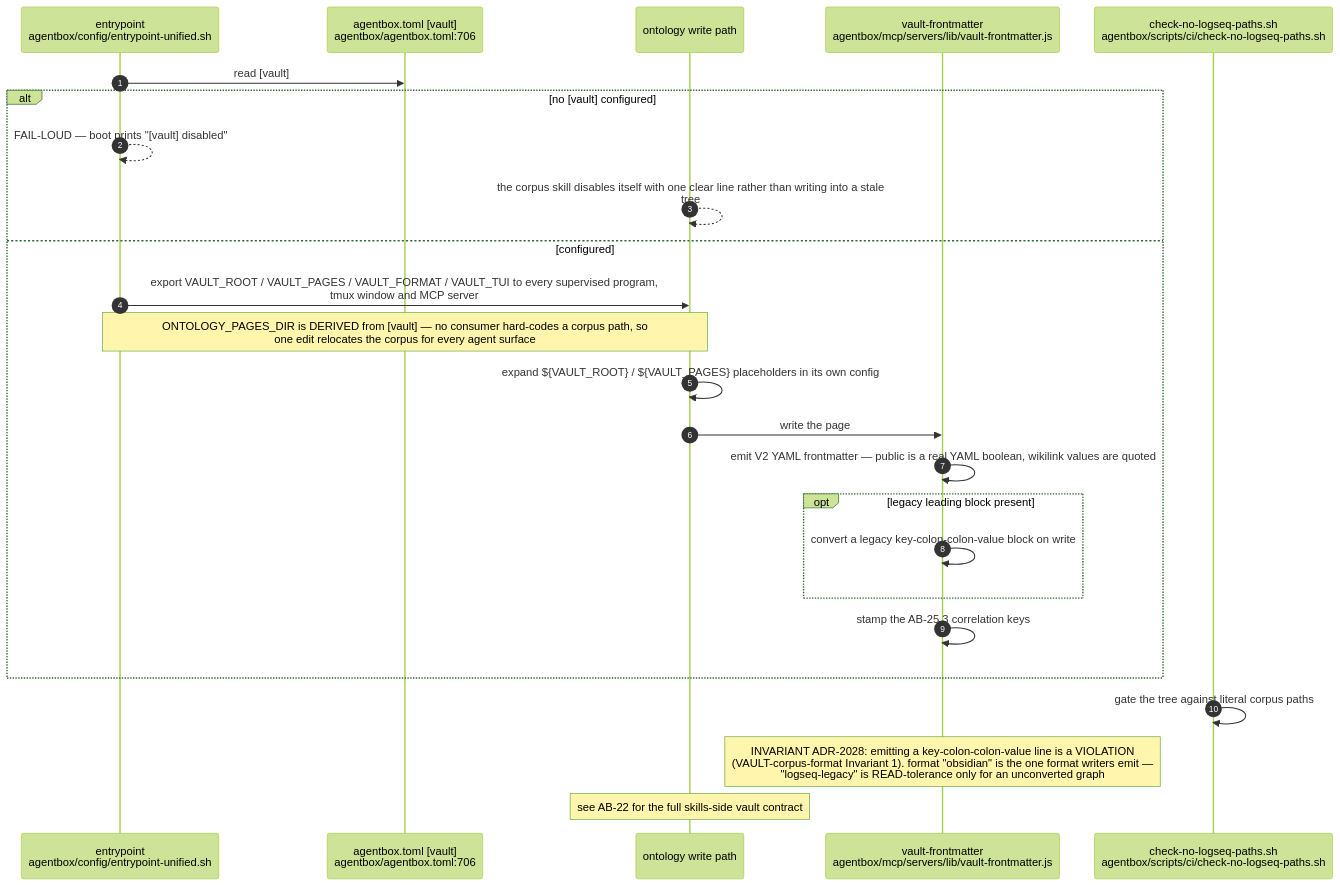
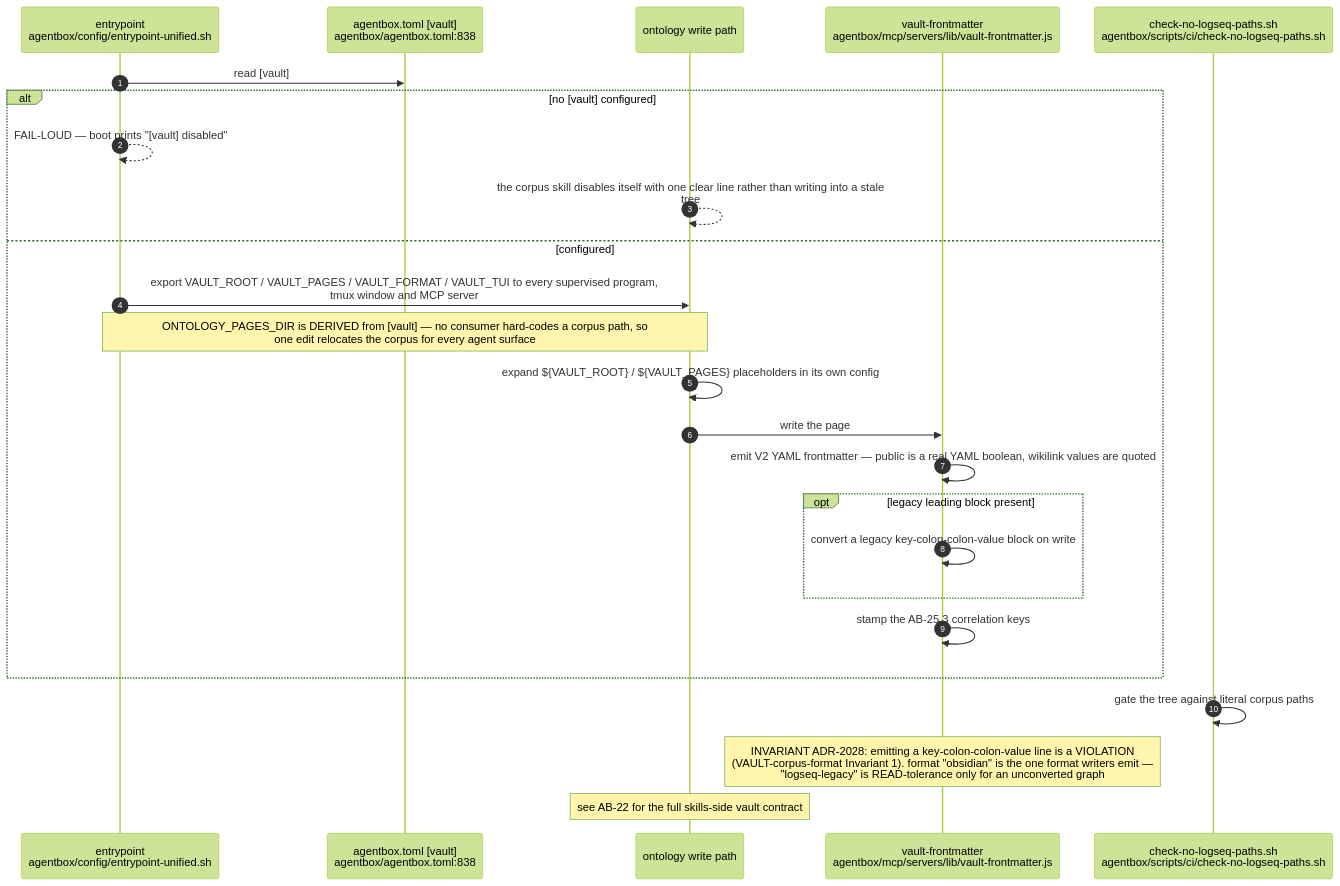
One commit to DreamLab-AI/VisionFlow changed the tenth of 12 diagrams in docs/diagrams/agentbox/25-ontology-tools-and-governed-writes.md. Above: the diagram before and after it, drawn with Mermaid (forest theme). The commit also changed other lines of this file and 28 other files, not shown here.

````diff
--- a/docs/diagrams/agentbox/25-ontology-tools-and-governed-writes.md
+++ b/docs/diagrams/agentbox/25-ontology-tools-and-governed-writes.md
@@ -423,28 +423,28 @@
 ```mermaid
 sequenceDiagram
     autonumber
     participant EP as entrypoint<br/>agentbox/config/entrypoint-unified.sh
-    participant MAN as agentbox.toml [vault]<br/>agentbox/agentbox.toml:706
+    participant MAN as agentbox.toml [vault]<br/>agentbox/agentbox.toml:838
     participant SK as ontology write path
     participant FM as vault-frontmatter<br/>agentbox/mcp/servers/lib/vault-frontmatter.js
     participant CI as check-no-logseq-paths.sh<br/>agentbox/scripts/ci/check-no-logseq-paths.sh
 
     EP->>MAN: read [vault]
     alt no [vault] configured
         EP-->>EP: FAIL-LOUD — boot prints "[vault] disabled"
         SK-->>SK: the corpus skill disables itself with one clear line rather than writing into a stale<br/>tree
     else configured
         EP->>SK: export VAULT_ROOT / VAULT_PAGES / VAULT_FORMAT / VAULT_TUI to every supervised program,<br/>tmux window and MCP server
         Note over EP,SK: ONTOLOGY_PAGES_DIR is DERIVED from [vault] — no consumer hard-codes a corpus path, so<br/>one edit relocates the corpus for every agent surface
         SK->>SK: expand ${VAULT_ROOT} / ${VAULT_PAGES} placeholders in its own config
         SK->>FM: write the page
         FM->>FM: emit V2 YAML frontmatter — public is a real YAML boolean, wikilink values are quoted
         opt legacy leading block present
             FM->>FM: convert a legacy key-colon-colon-value block on write
         end
         FM->>FM: stamp the AB-25.3 correlation keys
     end
     CI->>CI: gate the tree against literal corpus paths
     Note over FM: INVARIANT ADR-2028: emitting a key-colon-colon-value line is a VIOLATION<br/>(VAULT-corpus-format Invariant 1). format "obsidian" is the one format writers emit —<br/>"logseq-legacy" is READ-tolerance only for an unconverted graph
     Note over SK: see AB-22 for the full skills-side vault contract
 ```
````
